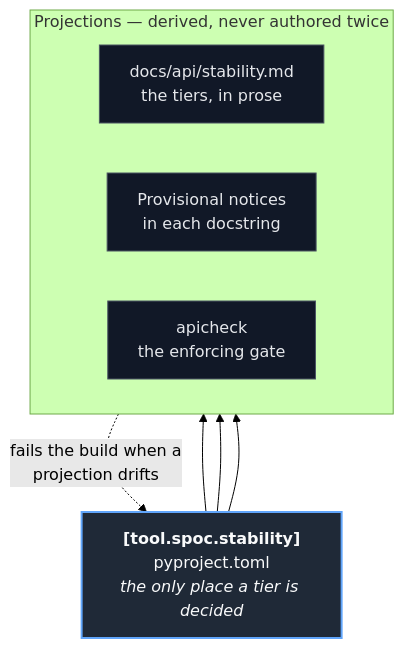
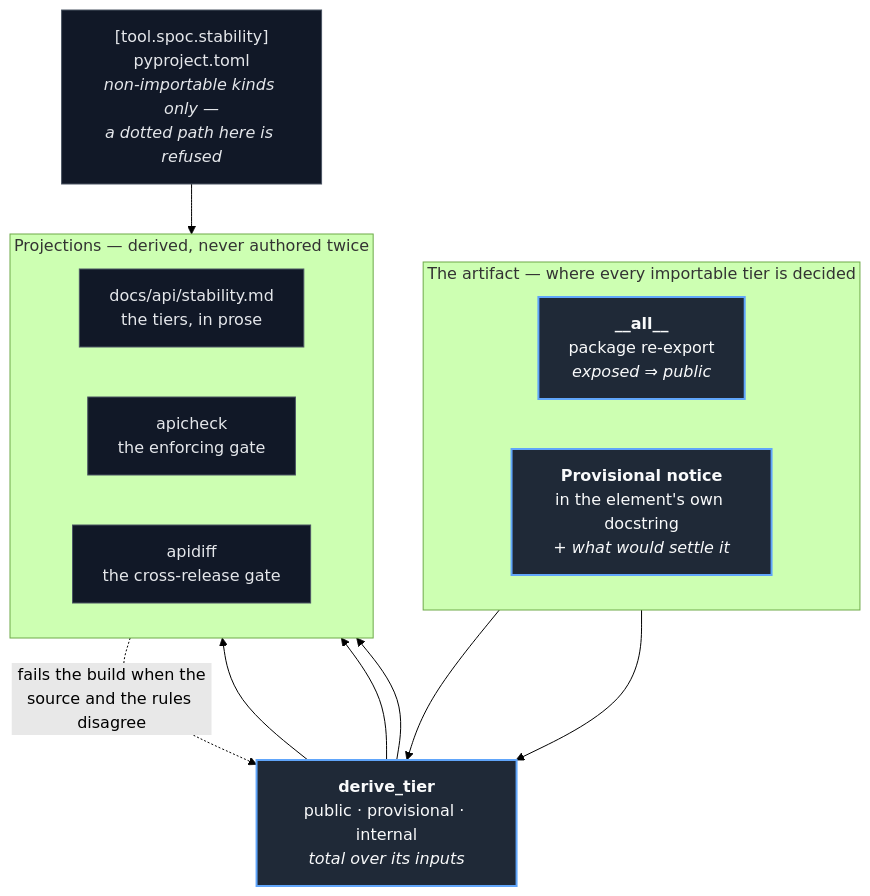
One commit to hlop3z/spoc changed the first of 2 diagrams in docs/architecture/stability-contract.md. Above: the diagram before and after it, drawn with Mermaid (forest theme). The commit also changed other lines of this file and 3 other files, not shown here.

First line of the commit message:
docs: state the decided surface and correct the contract diagram

````diff
--- a/docs/architecture/stability-contract.md
+++ b/docs/architecture/stability-contract.md
@@ -16,21 +20,32 @@
 ```mermaid
 flowchart TB
-    manifest["<b>[tool.spoc.stability]</b><br/>pyproject.toml<br/><i>the only place a tier is decided</i>"]
+    subgraph authority ["The artifact — where every importable tier is decided"]
+        direction LR
+        exports["<b>__all__</b><br/>package re-export<br/><i>exposed ⇒ public</i>"]
+        notice["<b>Provisional notice</b><br/>in the element's own docstring<br/><i>+ what would settle it</i>"]
+    end
+
+    manifest["[tool.spoc.stability]<br/>pyproject.toml<br/><i>non-importable kinds only —<br/>a dotted path here is refused</i>"]
+
+    rules["<b>derive_tier</b><br/>public · provisional · internal<br/><i>total over its inputs</i>"]
 
     subgraph projections ["Projections — derived, never authored twice"]
         direction LR
         docs["docs/api/stability.md<br/>the tiers, in prose"]
-        notices["Provisional notices<br/>in each docstring"]
         gate["apicheck<br/>the enforcing gate"]
+        delta["apidiff<br/>the cross-release gate"]
     end
 
-    manifest --> docs
-    manifest --> notices
+    exports --> rules
+    notice --> rules
+    rules --> gate
     manifest --> gate
-    gate -. "fails the build when a<br/>projection drifts" .-> manifest
+    rules --> docs
+    rules --> delta
+    gate -. "fails the build when the<br/>source and the rules disagree" .-> rules
 
     classDef source fill:#1f2937,stroke:#60a5fa,stroke-width:2px,color:#f9fafb
     classDef proj fill:#111827,stroke:#4b5563,color:#e5e7eb
-    class manifest source
-    class docs,notices,gate proj
+    class exports,notice,rules source
+    class docs,gate,delta,manifest proj
 ```
````
